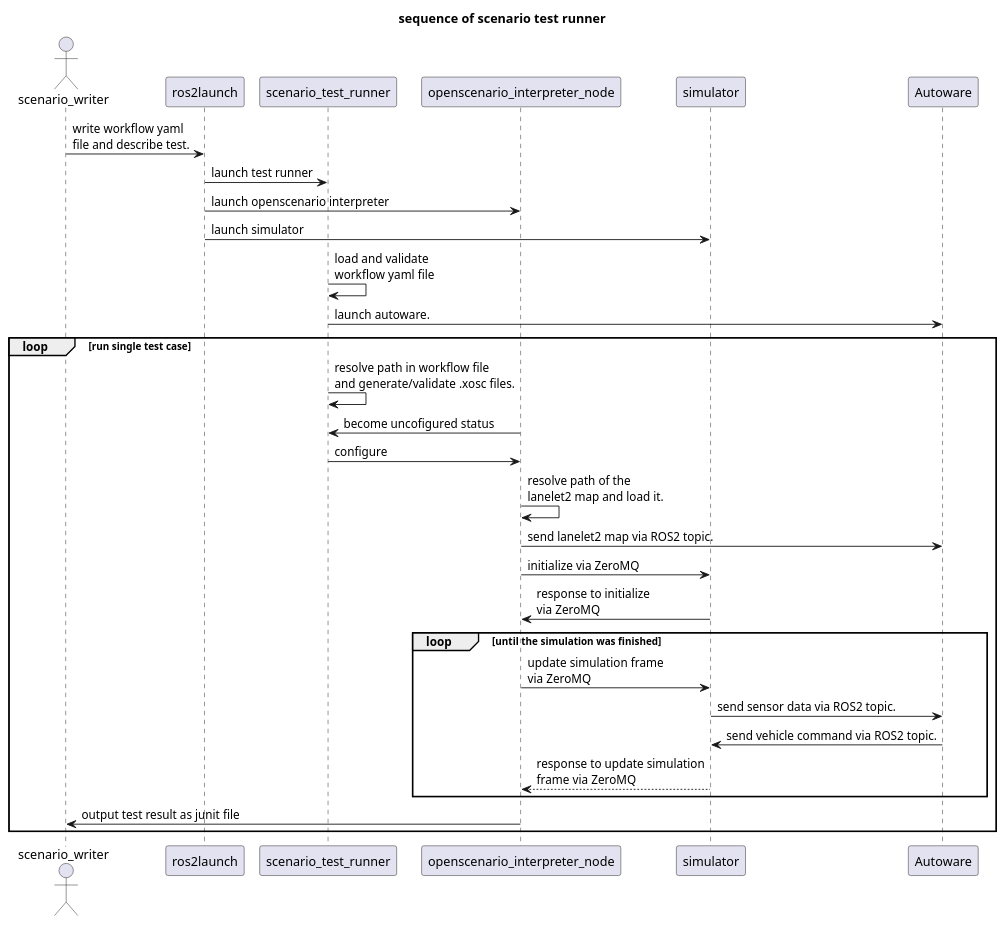
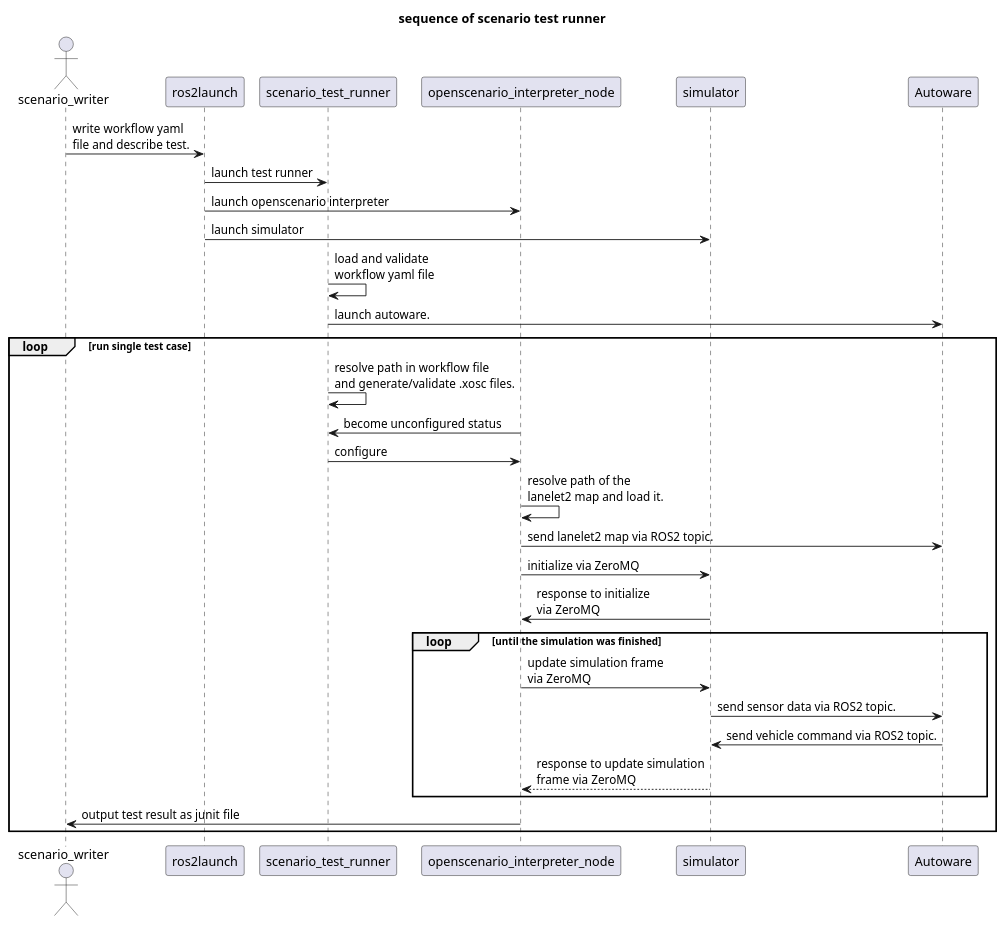
One commit to tier4/scenario_simulator_v2 changed the diagram in docs/design/uml/sequence.pu. Above: the diagram before and after it, drawn with PlantUML. The commit also changed 1 other file, not shown here.

```diff
--- a/docs/design/uml/sequence.pu
+++ b/docs/design/uml/sequence.pu
@@ -1,34 +1,34 @@
 @startuml{sequence.png}
 title sequence of scenario test runner
 
 actor scenario_writer
 
 scenario_writer -> ros2launch : write workflow yaml\nfile and describe test.
 ros2launch -> scenario_test_runner : launch test runner
 ros2launch -> openscenario_interpreter_node : launch openscenario interpreter
 ros2launch -> simulator : launch simulator
 
 scenario_test_runner -> scenario_test_runner : load and validate\nworkflow yaml file
 scenario_test_runner -> Autoware : launch autoware.
 loop run single test case
     scenario_test_runner -> scenario_test_runner : resolve path in workflow file\nand generate/validate .xosc files.
 
-    openscenario_interpreter_node -> scenario_test_runner: become uncofigured status
+    openscenario_interpreter_node -> scenario_test_runner: become unconfigured status
     scenario_test_runner -> openscenario_interpreter_node:configure
 
     openscenario_interpreter_node -> openscenario_interpreter_node: resolve path of the\nlanelet2 map and load it.
     openscenario_interpreter_node -> Autoware : send lanelet2 map via ROS2 topic.
 
     openscenario_interpreter_node -> simulator: initialize via ZeroMQ
     simulator -> openscenario_interpreter_node: response to initialize\nvia ZeroMQ
 
     loop until the simulation was finished
         openscenario_interpreter_node -> simulator: update simulation frame\nvia ZeroMQ
         simulator -> Autoware: send sensor data via ROS2 topic.
         Autoware -> simulator: send vehicle command via ROS2 topic.
         openscenario_interpreter_node <-- simulator: response to update simulation\nframe via ZeroMQ
     end
     openscenario_interpreter_node -> scenario_writer : output test result as junit file
 end
 
 @enduml
```
